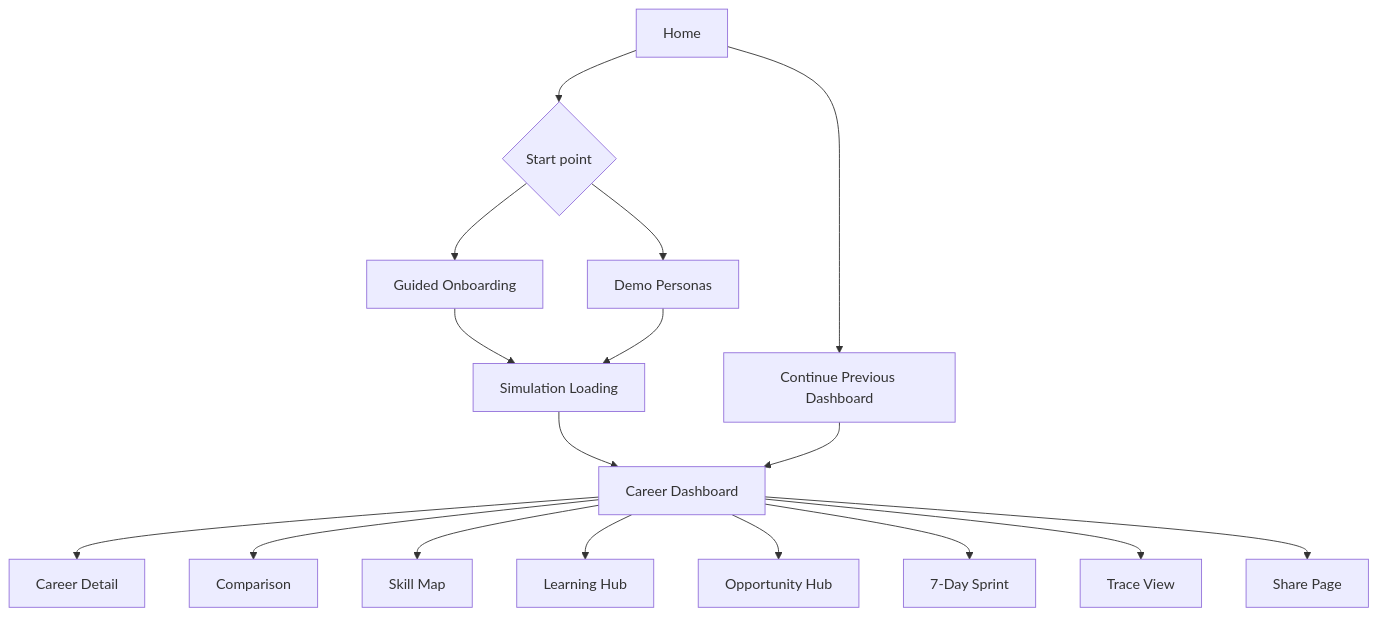
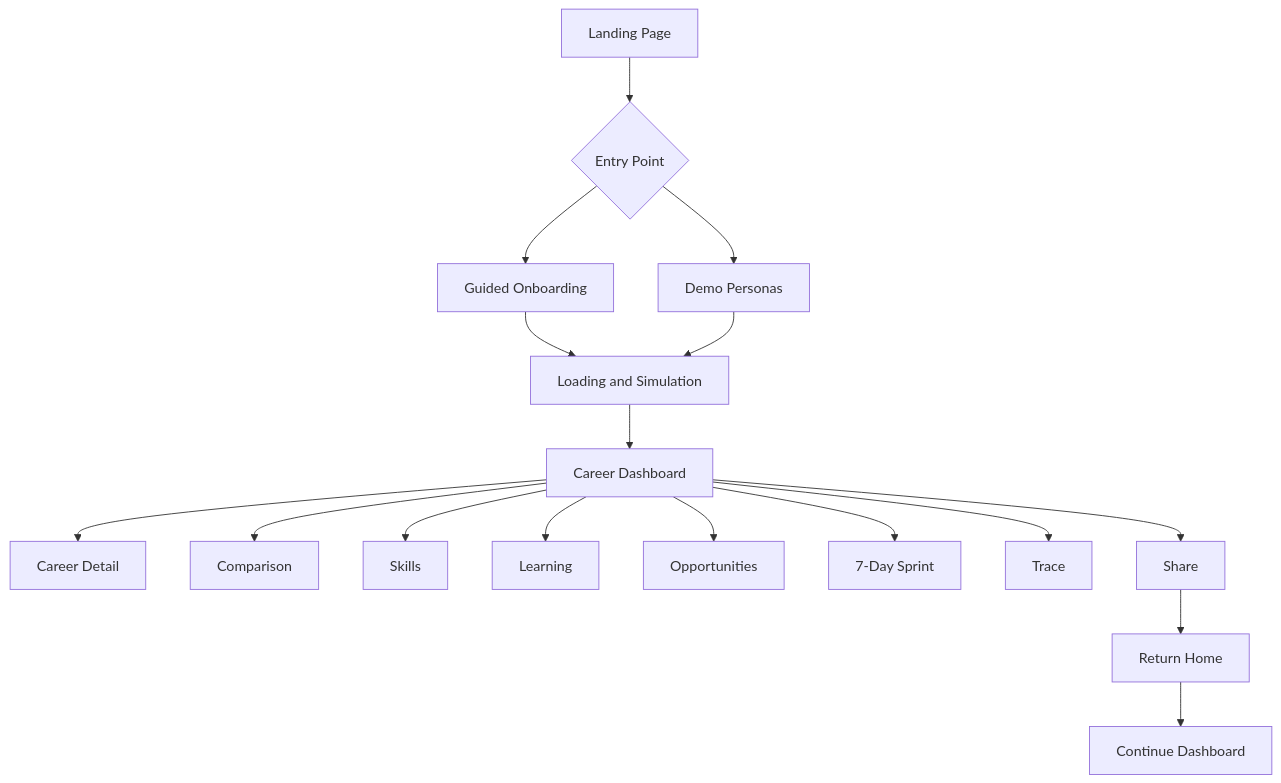
One commit to Dhruvg334/Daedalus changed the third of 3 diagrams in README.md. Above: the diagram before and after it, drawn with Mermaid. The commit also changed other lines of this file and 18 other files, not shown here.

````diff
--- a/README.md
+++ b/README.md
@@ -142,19 +293,19 @@
 ```mermaid
 flowchart TD
-    Home["Home"] --> Choice{"Start point"}
-    Choice --> Onboarding["Guided Onboarding"]
-    Choice --> Personas["Demo Personas"]
-    Onboarding --> Loading["Simulation Loading"]
-    Personas --> Loading
-    Loading --> Dashboard["Career Dashboard"]
-    Dashboard --> Detail["Career Detail"]
-    Dashboard --> Compare["Comparison"]
-    Dashboard --> Skills["Skill Map"]
-    Dashboard --> Learning["Learning Hub"]
-    Dashboard --> Opportunities["Opportunity Hub"]
-    Dashboard --> Sprint["7-Day Sprint"]
-    Dashboard --> Trace["Trace View"]
-    Dashboard --> Share["Share Page"]
-    Home --> Continue["Continue Previous Dashboard"]
-    Continue --> Dashboard
+    A[Landing Page] --> B{Entry Point}
+    B --> C[Guided Onboarding]
+    B --> D[Demo Personas]
+    C --> E[Loading and Simulation]
+    D --> E
+    E --> F[Career Dashboard]
+    F --> G[Career Detail]
+    F --> H[Comparison]
+    F --> I[Skills]
+    F --> J[Learning]
+    F --> K[Opportunities]
+    F --> L[7-Day Sprint]
+    F --> M[Trace]
+    F --> N[Share]
+    N --> O[Return Home]
+    O --> P[Continue Dashboard]
 ```
````
